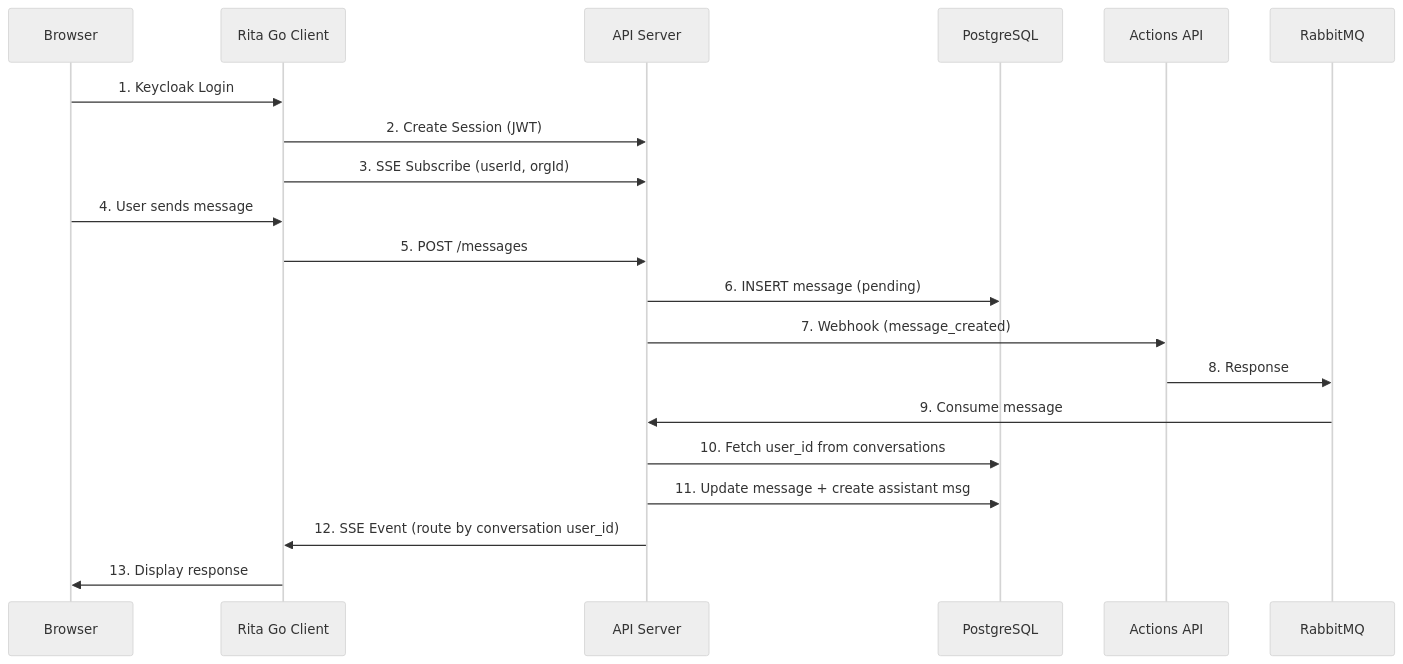
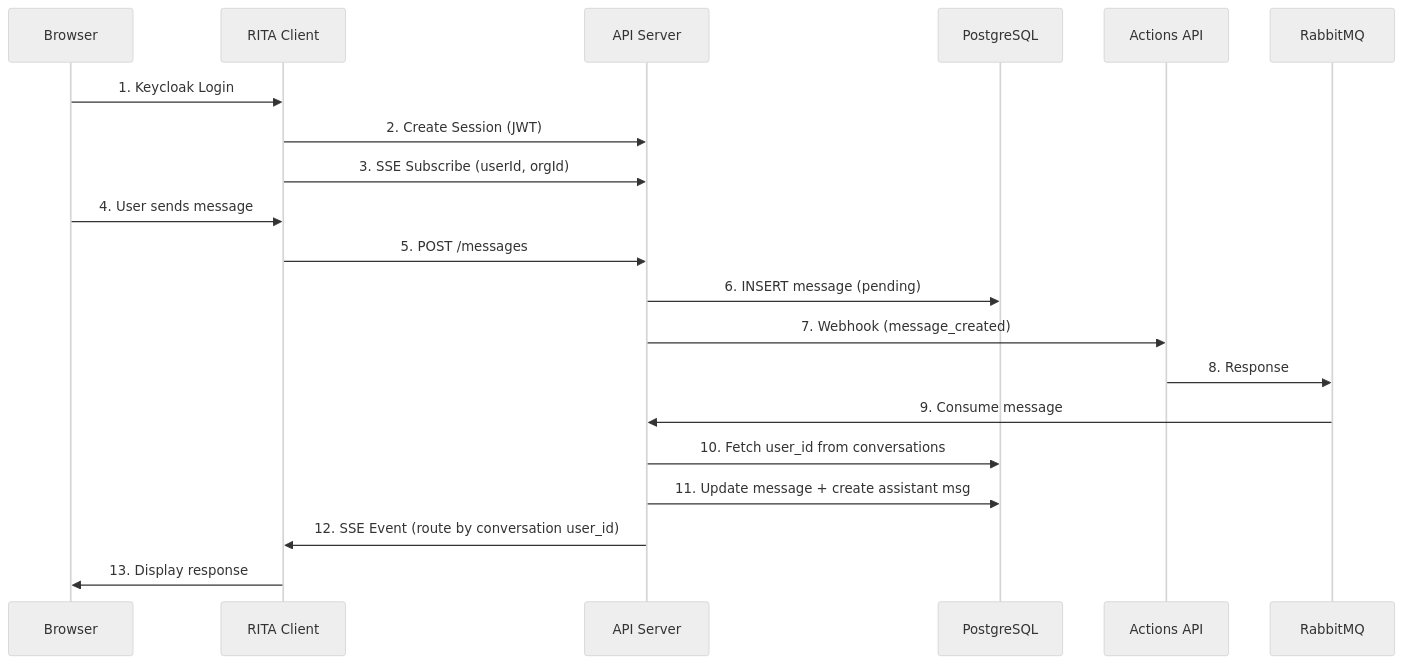
The fourth of 7 diagrams in docs/architecture/chat-message-flows.md (ewilhelmy-resolve/resolve-prototypes), drawn with Mermaid (neutral theme) before and after one commit. The commit also changed other lines of this file and 65 other files, not shown here.

````diff
--- a/docs/architecture/chat-message-flows.md
+++ b/docs/architecture/chat-message-flows.md
@@ -134,25 +134,25 @@
 ```mermaid
 sequenceDiagram
     participant Browser
-    participant RitaGo as Rita Go Client
+    participant RitaGo as RITA Client
     participant API as API Server
     participant DB as PostgreSQL
     participant Platform as Actions API
     participant Queue as RabbitMQ
 
     Browser->>RitaGo: 1. Keycloak Login
     RitaGo->>API: 2. Create Session (JWT)
     RitaGo->>API: 3. SSE Subscribe (userId, orgId)
 
     Browser->>RitaGo: 4. User sends message
     RitaGo->>API: 5. POST /messages
     API->>DB: 6. INSERT message (pending)
     API->>Platform: 7. Webhook (message_created)
 
     Platform->>Queue: 8. Response
     Queue->>API: 9. Consume message
     API->>DB: 10. Fetch user_id from conversations
     API->>DB: 11. Update message + create assistant msg
     API->>RitaGo: 12. SSE Event (route by conversation user_id)
     RitaGo->>Browser: 13. Display response
 ```
````
